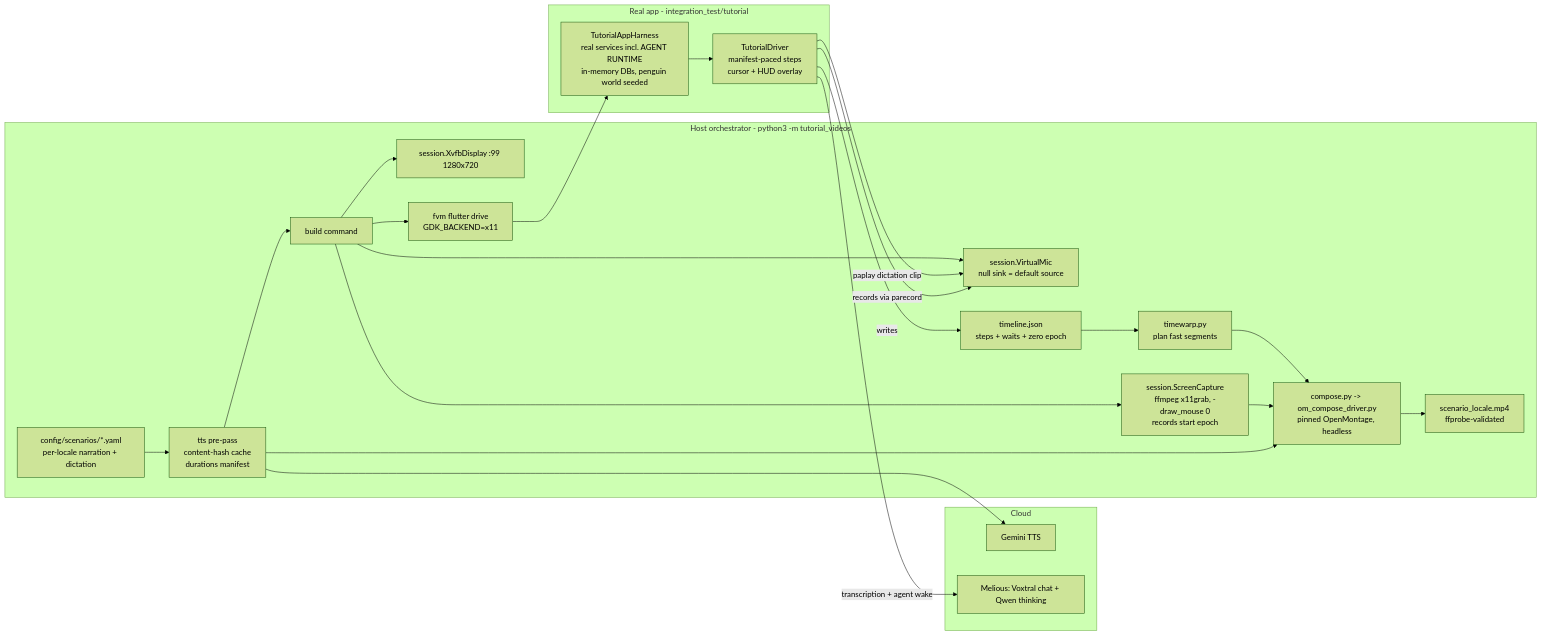
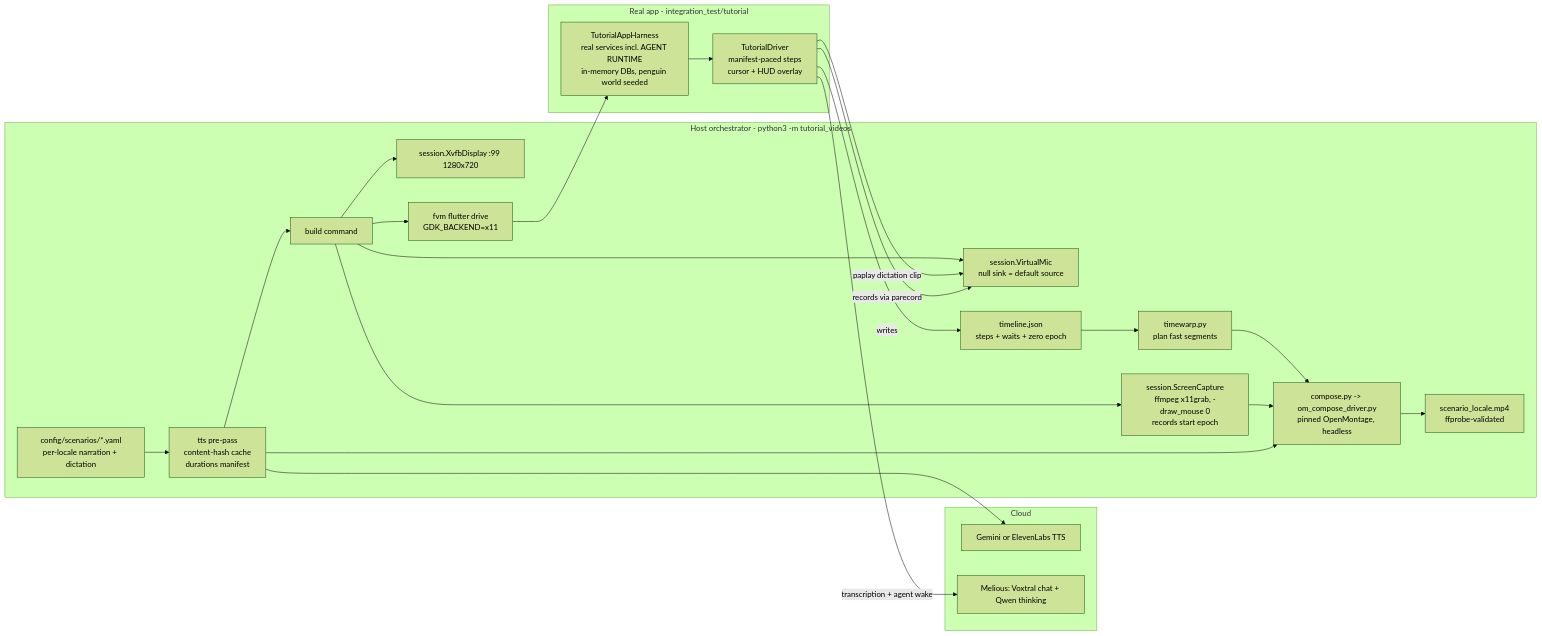
The first of 3 diagrams in tools/tutorial_videos/README.md (matthiasn/lotti), drawn with Mermaid (forest theme) before and after one commit. The commit also changed other lines of this file and 162 other files, not shown here.

````diff
--- a/tools/tutorial_videos/README.md
+++ b/tools/tutorial_videos/README.md
@@ -120,29 +121,29 @@
 ```mermaid
 flowchart LR
     subgraph cloud [Cloud]
-        GTTS[Gemini TTS]
+        GTTS[Gemini or ElevenLabs TTS]
         MEL[Melious: Voxtral chat + Qwen thinking]
     end
     subgraph host [Host orchestrator - python3 -m tutorial_videos]
         SC[config/scenarios/*.yaml\nper-locale narration + dictation] --> TTS[tts pre-pass\ncontent-hash cache\ndurations manifest]
         TTS --> GTTS
         TTS --> BUILD[build command]
         BUILD --> XV[session.XvfbDisplay :99 1280x720]
         BUILD --> MIC[session.VirtualMic\nnull sink = default source]
         BUILD --> CAP[session.ScreenCapture\nffmpeg x11grab, -draw_mouse 0\nrecords start epoch]
         BUILD --> DRIVE[fvm flutter drive\nGDK_BACKEND=x11]
         TL[timeline.json\nsteps + waits + zero epoch] --> WARP[timewarp.py\nplan fast segments]
         WARP --> COMP[compose.py -> om_compose_driver.py\npinned OpenMontage, headless]
         CAP --> COMP
         TTS --> COMP
         COMP --> MP4[scenario_locale.mp4\nffprobe-validated]
     end
     subgraph app [Real app - integration_test/tutorial]
         DRIVE --> H[TutorialAppHarness\nreal services incl. AGENT RUNTIME\nin-memory DBs, penguin world seeded]
         H --> D[TutorialDriver\nmanifest-paced steps\ncursor + HUD overlay]
         D -->|paplay dictation clip| MIC
         D -->|writes| TL
         D -->|records via parecord| MIC
         D -->|transcription + agent wake| MEL
     end
 ```
````
